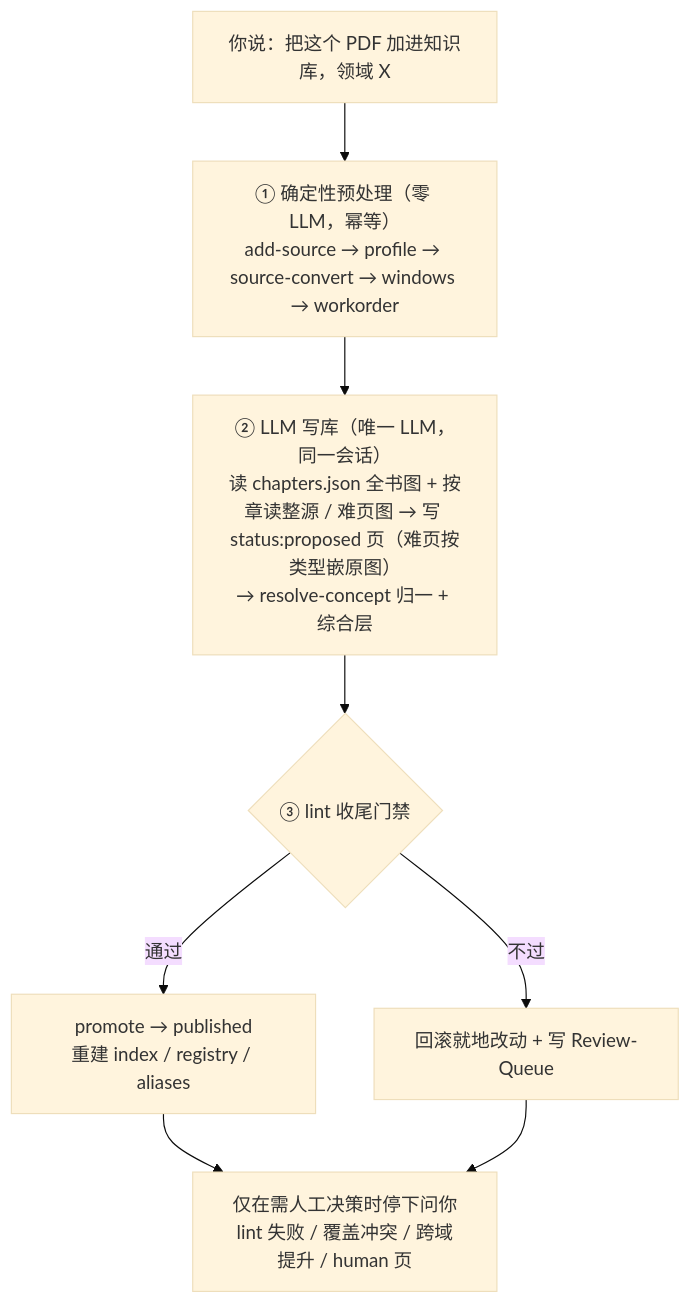
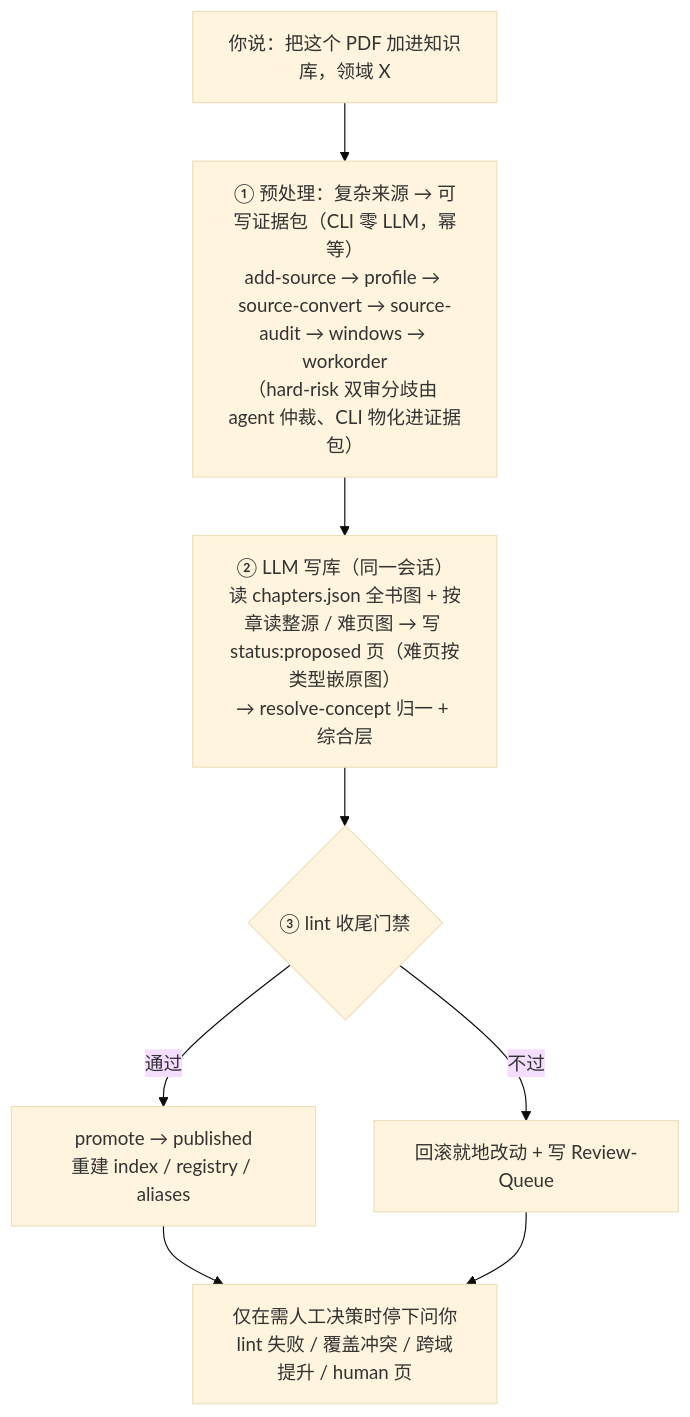
Before and after one commit to Iabstergo1/pdf-to-study-kb: the diagram in README.md, drawn with Mermaid (base theme). The commit also changed other lines of this file and 4 other files, not shown here.

````diff
--- a/README.md
+++ b/README.md
@@ -144,10 +146,10 @@
 ```mermaid
 flowchart TD
-    U["你说：把这个 PDF 加进知识库，领域 X"] --> P["① 确定性预处理（零 LLM，幂等）<br/>add-source → profile → source-convert → windows → workorder"]
-    P --> W["② LLM 写库（唯一 LLM，同一会话）<br/>读 chapters.json 全书图 + 按章读整源 / 难页图 → 写 status:proposed 页（难页按类型嵌原图）<br/>→ resolve-concept 归一 + 综合层"]
+    U["你说：把这个 PDF 加进知识库，领域 X"] --> P["① 预处理：复杂来源 → 可写证据包（CLI 零 LLM，幂等）<br/>add-source → profile → source-convert → source-audit → windows → workorder<br/>（hard-risk 双审分歧由 agent 仲裁、CLI 物化进证据包）"]
+    P --> W["② LLM 写库（同一会话）<br/>读 chapters.json 全书图 + 按章读整源 / 难页图 → 写 status:proposed 页（难页按类型嵌原图）<br/>→ resolve-concept 归一 + 综合层"]
     W --> G{"③ lint 收尾门禁"}
     G -->|通过| Pub["promote → published<br/>重建 index / registry / aliases"]
     G -->|不过| RQ["回滚就地改动 + 写 Review-Queue"]
     Pub --> Stop["仅在需人工决策时停下问你<br/>lint 失败 / 覆盖冲突 / 跨域提升 / human 页"]
     RQ --> Stop
 ```
````
